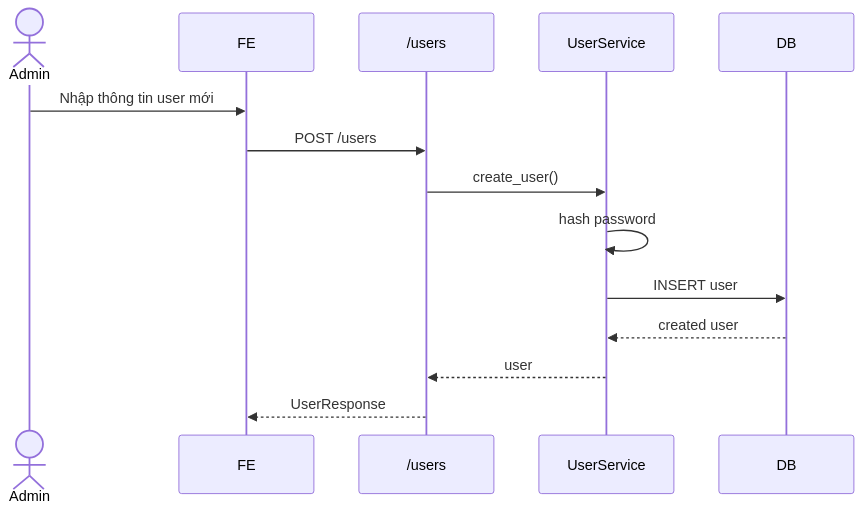
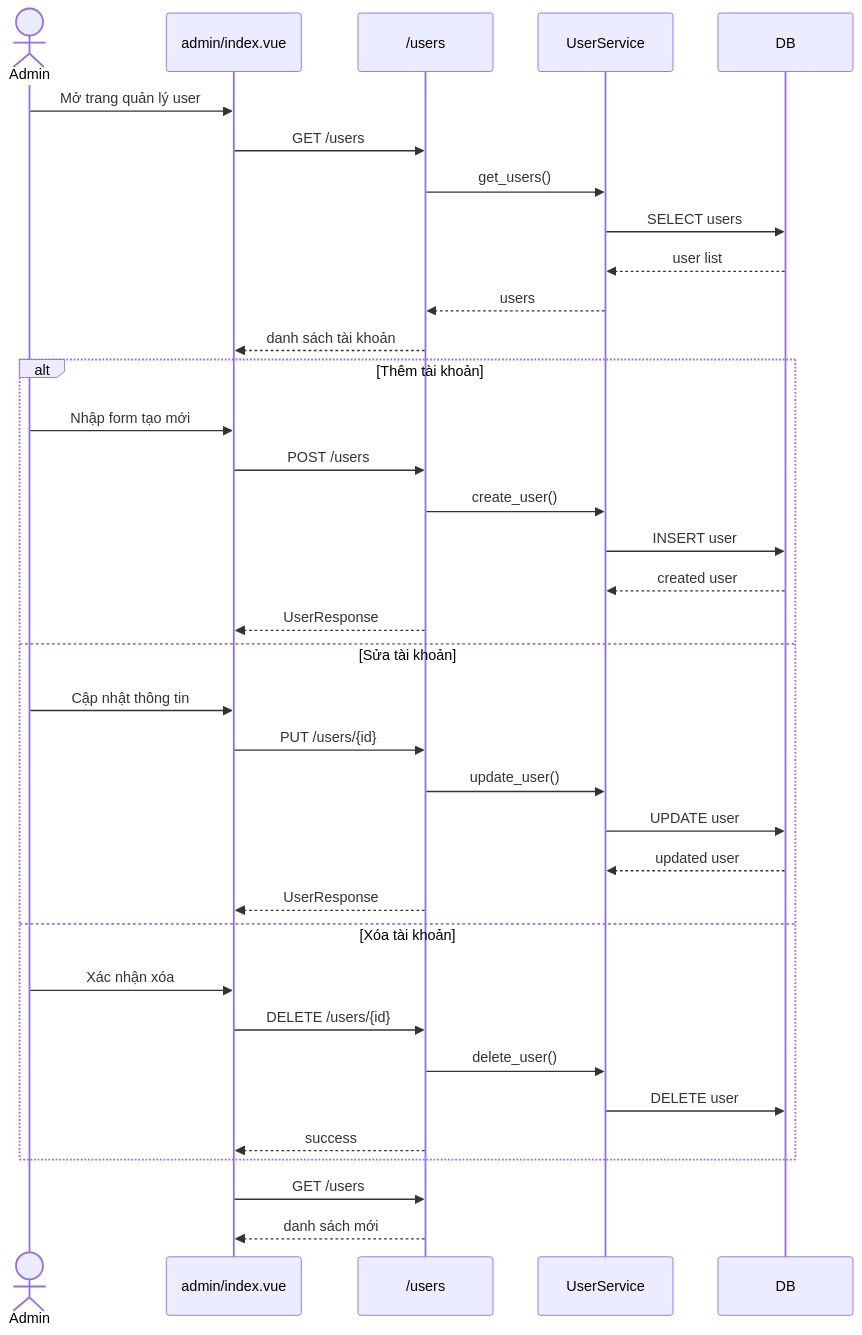
One commit to Tedomi2525/My_project changed the ninth of 16 diagrams in docs/UML.md. Above: the diagram before and after it, drawn with Mermaid. The commit also changed other lines of this file, not shown here.

````diff
--- a/docs/UML.md
+++ b/docs/UML.md
@@ -364,17 +537,41 @@
 ```mermaid
 sequenceDiagram
 actor Admin
-participant FE
+participant AdminPage as admin/index.vue
 participant UserAPI as /users
 participant UserService
 participant DB
 
-Admin->>FE: Nhập thông tin user mới
-FE->>UserAPI: POST /users
-UserAPI->>UserService: create_user()
-UserService->>UserService: hash password
-UserService->>DB: INSERT user
-DB-->>UserService: created user
-UserService-->>UserAPI: user
-UserAPI-->>FE: UserResponse
+Admin->>AdminPage: Mở trang quản lý user
+AdminPage->>UserAPI: GET /users
+UserAPI->>UserService: get_users()
+UserService->>DB: SELECT users
+DB-->>UserService: user list
+UserService-->>UserAPI: users
+UserAPI-->>AdminPage: danh sách tài khoản
+
+alt Thêm tài khoản
+  Admin->>AdminPage: Nhập form tạo mới
+  AdminPage->>UserAPI: POST /users
+  UserAPI->>UserService: create_user()
+  UserService->>DB: INSERT user
+  DB-->>UserService: created user
+  UserAPI-->>AdminPage: UserResponse
+else Sửa tài khoản
+  Admin->>AdminPage: Cập nhật thông tin
+  AdminPage->>UserAPI: PUT /users/{id}
+  UserAPI->>UserService: update_user()
+  UserService->>DB: UPDATE user
+  DB-->>UserService: updated user
+  UserAPI-->>AdminPage: UserResponse
+else Xóa tài khoản
+  Admin->>AdminPage: Xác nhận xóa
+  AdminPage->>UserAPI: DELETE /users/{id}
+  UserAPI->>UserService: delete_user()
+  UserService->>DB: DELETE user
+  UserAPI-->>AdminPage: success
+end
+
+AdminPage->>UserAPI: GET /users
+UserAPI-->>AdminPage: danh sách mới
 ```
````
